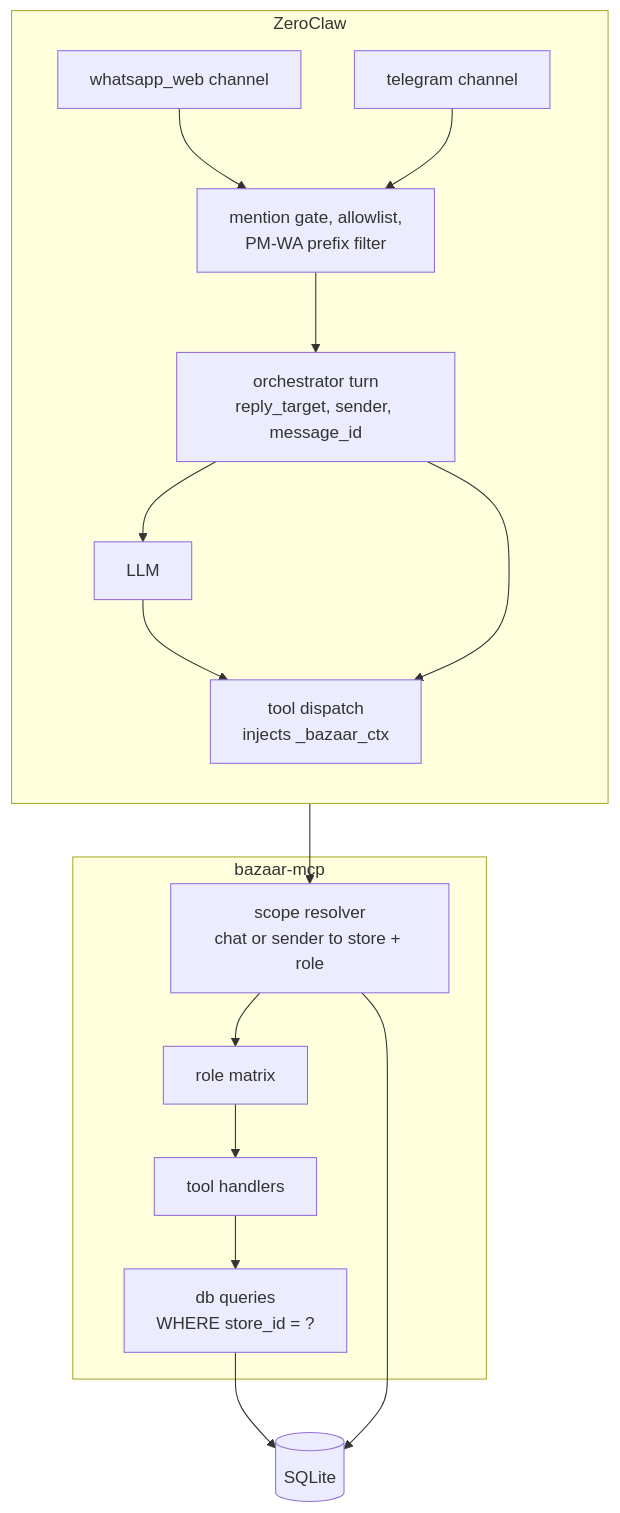
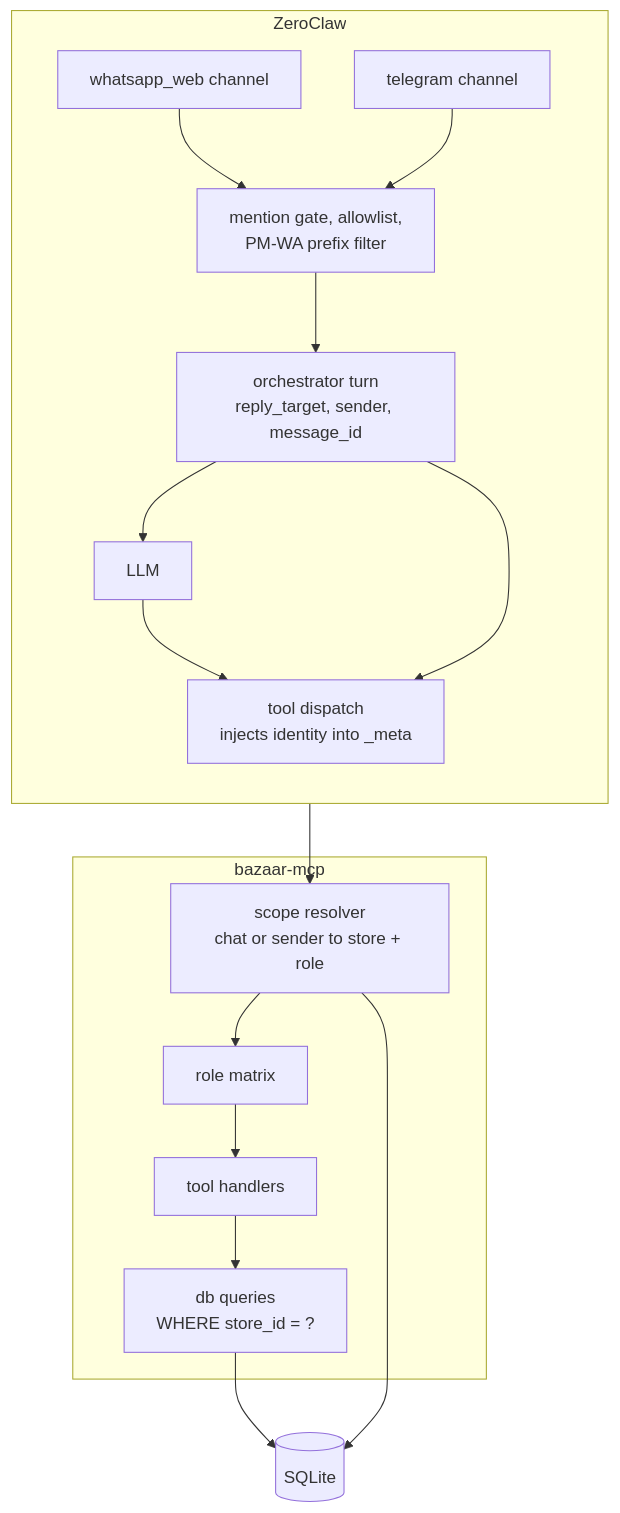
Before and after one commit to danielistyo/mini-bazaar: the second of 3 diagrams in docs/architecture.md, drawn with Mermaid. The commit also changed other lines of this file and 10 other files, not shown here.

````diff
--- a/docs/architecture.md
+++ b/docs/architecture.md
@@ -44,32 +44,32 @@
 ```mermaid
 flowchart TB
     subgraph zc["ZeroClaw"]
         direction TB
         ADW["whatsapp_web channel"]
         ADT["telegram channel"]
         GATE["mention gate, allowlist,<br/>PM-WA prefix filter"]
         ORCH["orchestrator turn<br/>reply_target, sender, message_id"]
         LLM["LLM"]
-        DISP["tool dispatch<br/>injects _bazaar_ctx"]
+        DISP["tool dispatch<br/>injects identity into _meta"]
         ADW --> GATE
         ADT --> GATE
         GATE --> ORCH
         ORCH --> LLM
         LLM --> DISP
     end
 
     subgraph be["bazaar-mcp"]
         RES["scope resolver<br/>chat or sender to store + role"]
         ROL["role matrix"]
         HND["tool handlers"]
         QRY["db queries<br/>WHERE store_id = ?"]
         RES --> ROL --> HND --> QRY
     end
 
     DB[("SQLite")]
 
     ORCH --> DISP
     DISP --> RES
     QRY --> DB
     RES --> DB
 ```
````
